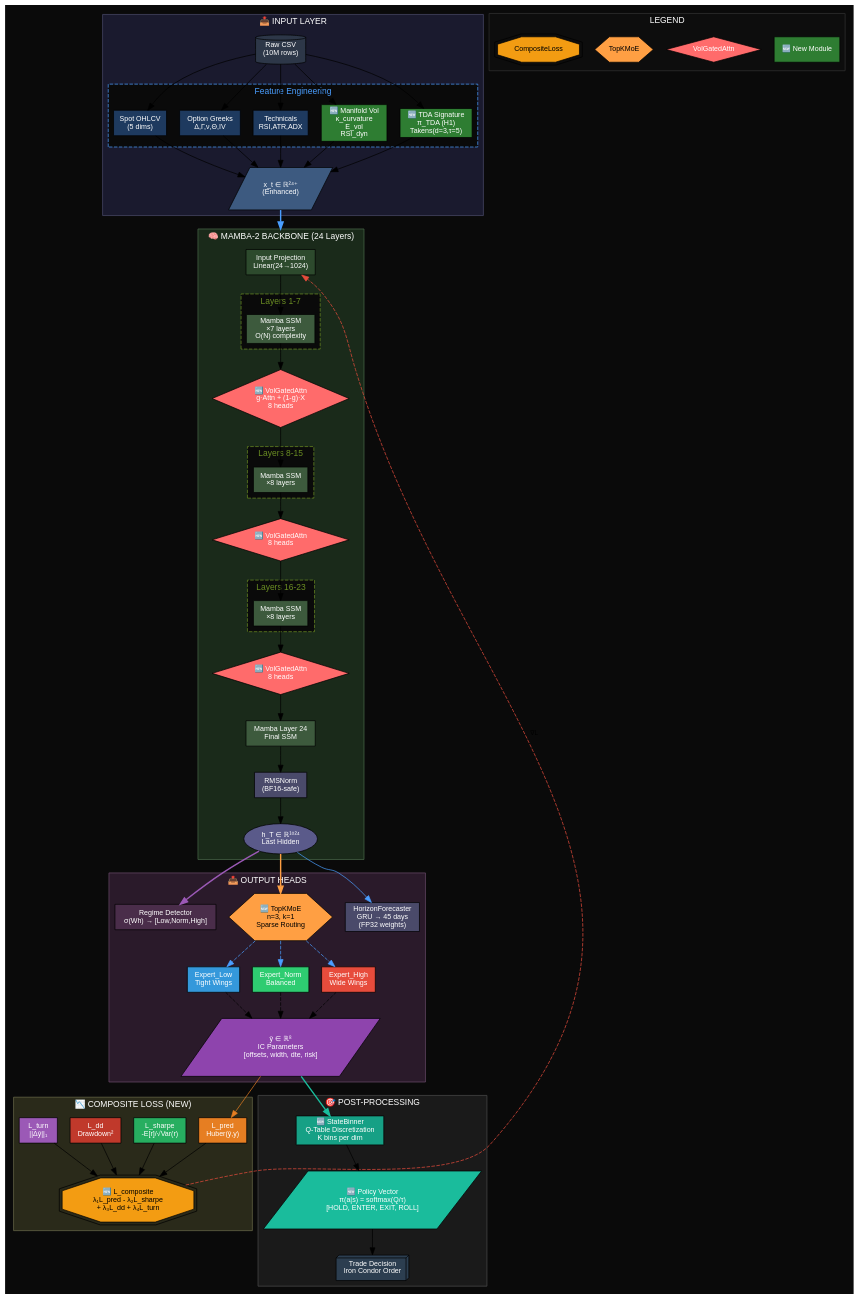
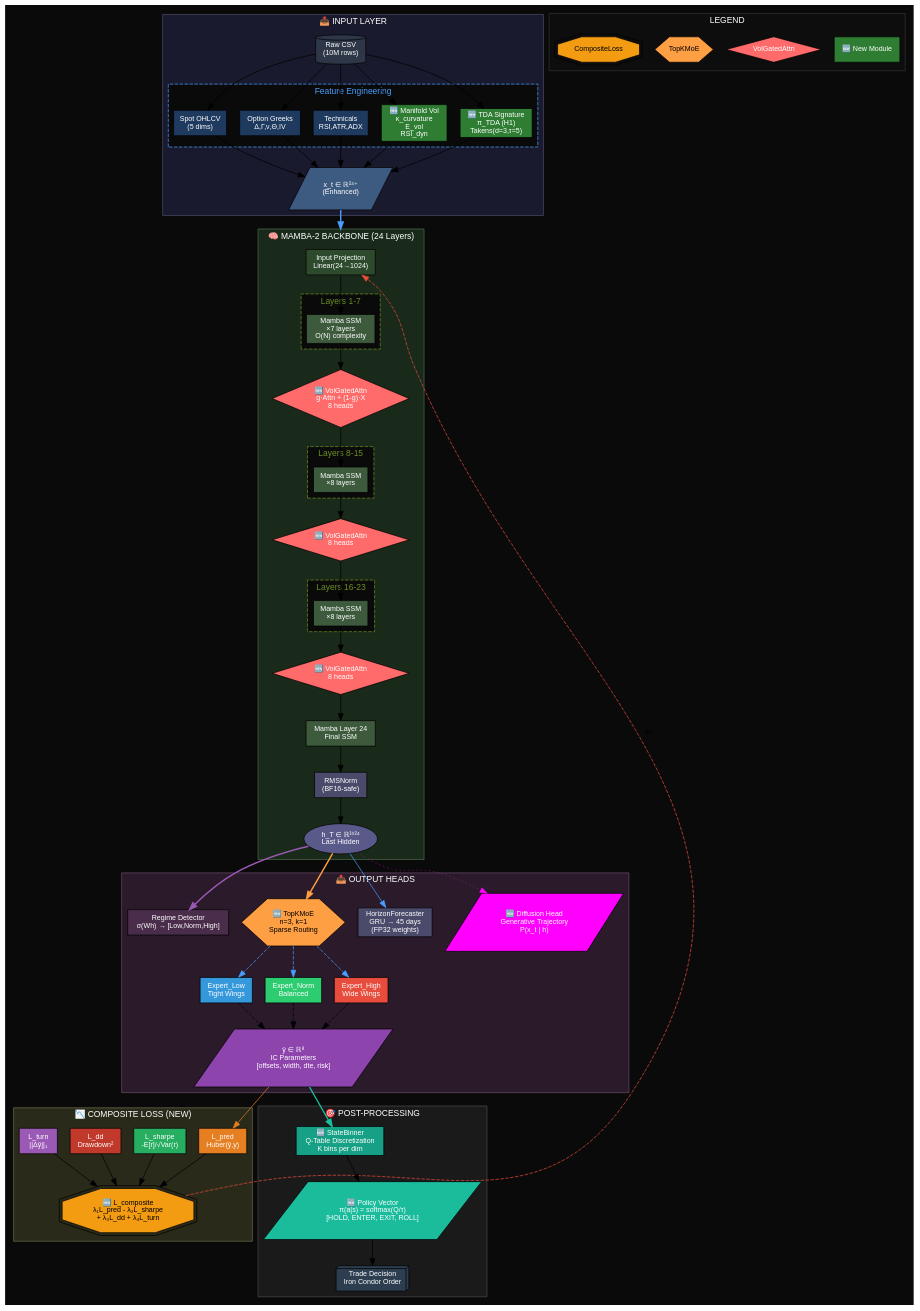
One commit to trextrader/spy-iron-condor-trading changed the diagram in docs/architecture/enhanced_architecture.dot. Above: the diagram before and after it, drawn with Graphviz. The commit also changed 11 other files, not shown here.

Commit message:
Update All Architecture Diagrams (Diffusion & TDA) + Re-render PNGs

```diff
--- a/docs/architecture/enhanced_architecture.dot
+++ b/docs/architecture/enhanced_architecture.dot
@@ -147,6 +147,9 @@
         
         ic_params [label="ŷ ∈ ℝ⁸\nIC Parameters\n[offsets, width, dte, risk]", shape=parallelogram, fillcolor="#8e44ad", style=filled, fontcolor=white];
         
+        // NEW: Diffusion Head
+        diffusion_head [label="🆕 Diffusion Head\nGenerative Trajectory\nP(x_t | h)", shape=parallelogram, fillcolor="#FF00FF", style=filled, fontcolor=white];
+
         topk_moe -> expert_low [style=dashed, color="#4a9eff"];
         topk_moe -> expert_norm [style=dashed, color="#4a9eff"];
         topk_moe -> expert_high [style=dashed, color="#4a9eff"];
@@ -205,6 +208,7 @@
     last_hidden -> regime_detector [color="#9b59b6", penwidth=2];
     last_hidden -> topk_moe [color="#ff9f43", penwidth=2];
     last_hidden -> horizon_forecast [color="#4a9eff"];
+    last_hidden -> diffusion_head [color="#FF00FF", style=dotted];
     ic_params -> loss_pred [color="#e67e22"];
     ic_params -> state_binner [color="#1abc9c", penwidth=2];
     composite_loss -> input_proj [label="∇L", style=dashed, color="#e74c3c", constraint=false];
```
